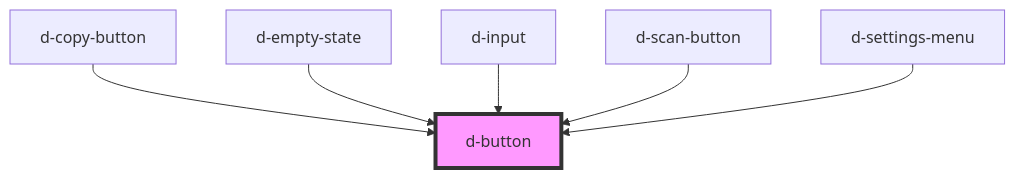
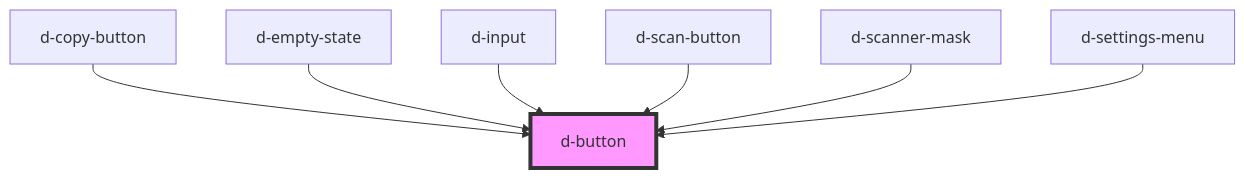
One commit to ForkbombEu/didroom-components changed the diagram in src/components/button/readme.md. Above: the diagram before and after it, drawn with Mermaid. The commit also changed other lines of this file and 11 other files, not shown here.

First line of the commit message:
fix: d-scanner-mask (#211)

````diff
--- a/src/components/button/readme.md
+++ b/src/components/button/readme.md
@@ -42,9 +43,10 @@
 ```mermaid
 graph TD;
   d-copy-button --> d-button
   d-empty-state --> d-button
   d-input --> d-button
   d-scan-button --> d-button
+  d-scanner-mask --> d-button
   d-settings-menu --> d-button
   style d-button fill:#f9f,stroke:#333,stroke-width:4px
 ```
````
